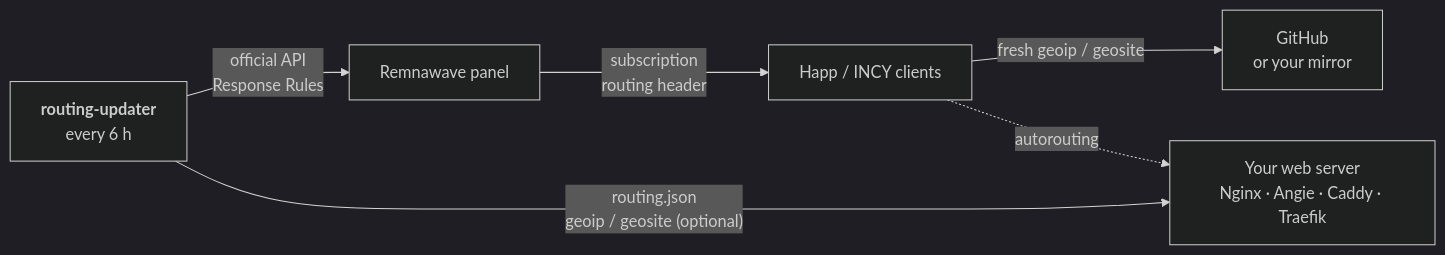
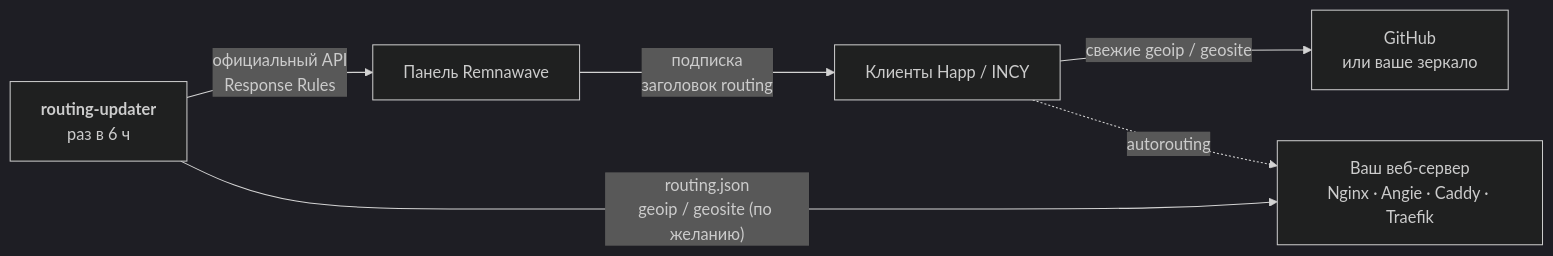
The diagram in README.md (3APA3A-3AHO3A/remnawave-routing-updater), drawn with Mermaid (dark theme) before and after one commit. The commit also changed other lines of this file and 11 other files, not shown here.

````diff
--- a/README.md
+++ b/README.md
@@ -61,8 +61,8 @@
 ```mermaid
 flowchart LR
-    U["<b>routing-updater</b><br/>every 6 h"] -- "official API<br/>Response Rules" --> P["Remnawave panel"]
-    U -- "routing.json<br/>geoip / geosite (optional)" --> W["Your web server<br/>Nginx · Angie · Caddy · Traefik"]
-    P -- "subscription<br/>routing header" --> C["Happ / INCY clients"]
-    C -- "fresh geoip / geosite" --> G["GitHub<br/>or your mirror"]
+    U["<b>routing-updater</b><br/>раз в 6 ч"] -- "официальный API<br/>Response Rules" --> P["Панель Remnawave"]
+    U -- "routing.json<br/>geoip / geosite (по желанию)" --> W["Ваш веб-сервер<br/>Nginx · Angie · Caddy · Traefik"]
+    P -- "подписка<br/>заголовок routing" --> C["Клиенты Happ / INCY"]
+    C -- "свежие geoip / geosite" --> G["GitHub<br/>или ваше зеркало"]
     C -. "autorouting" .-> W
 ```
````
